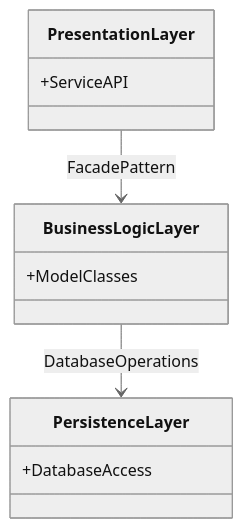
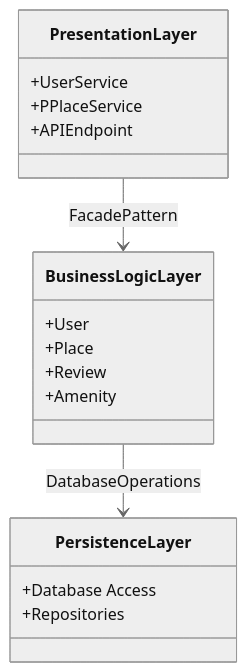
Before and after one commit to LEROY-Yanis/holbertonschool-hbnb: the diagram in task_0.md, drawn with Mermaid (neutral theme).

````diff
--- a/task_0.md
+++ b/task_0.md
@@ -1,17 +1,23 @@
 ```mermaid
 classDiagram
     class PresentationLayer {
-      +ServiceAPI
+      +UserService
+      +PPlaceService
+      +APIEndpoint
     }
     
     class BusinessLogicLayer {
-      +ModelClasses
+      +User
+      +Place
+      +Review
+      +Amenity
     }
     
     class PersistenceLayer {
-      +DatabaseAccess
+      +Database Access
+      +Repositories
     }
     
     PresentationLayer --> BusinessLogicLayer : FacadePattern
     BusinessLogicLayer --> PersistenceLayer : DatabaseOperations
 ```
````
